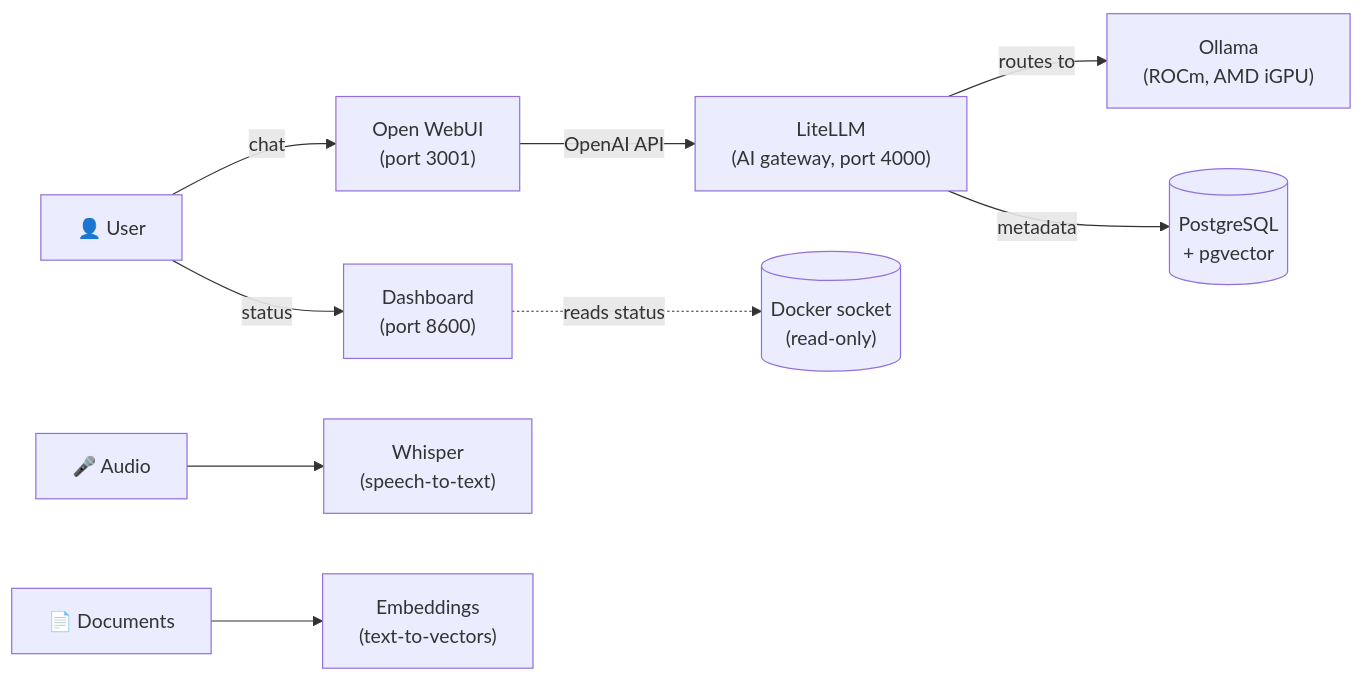
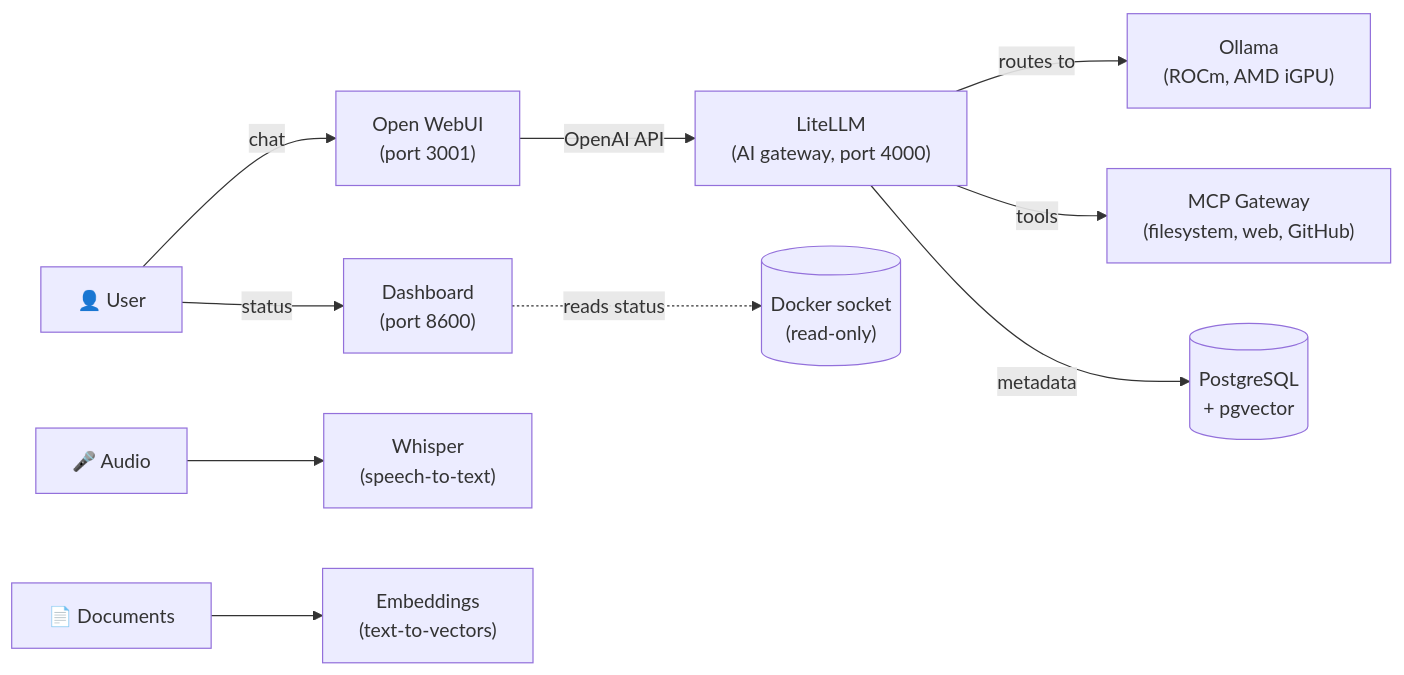
One commit to derBerliner1983/self-hosted-llm-stack changed the first of 2 diagrams in README-en.md. Above: the diagram before and after it, drawn with Mermaid. The commit also changed other lines of this file and 8 other files, not shown here.

First line of the commit message:
feat: restore MCP Gateway in the ROCm stack

````diff
--- a/README-en.md
+++ b/README-en.md
@@ -84,11 +84,12 @@
 ```mermaid
 graph LR
     U["👤 User"] -->|chat| W["Open WebUI<br/>(port 3001)"]
     U -->|status| DASH["Dashboard<br/>(port 8600)"]
     W -->|OpenAI API| L["LiteLLM<br/>(AI gateway, port 4000)"]
     L -->|routes to| O["Ollama<br/>(ROCm, AMD iGPU)"]
+    L -->|tools| M["MCP Gateway<br/>(filesystem, web, GitHub)"]
     L -->|metadata| DB[("PostgreSQL<br/>+ pgvector")]
     A["🎤 Audio"] --> WH["Whisper<br/>(speech-to-text)"]
     D["📄 Documents"] --> E["Embeddings<br/>(text-to-vectors)"]
     DASH -.->|reads status| SOCK[("Docker socket<br/>(read-only)")]
 ```
````
